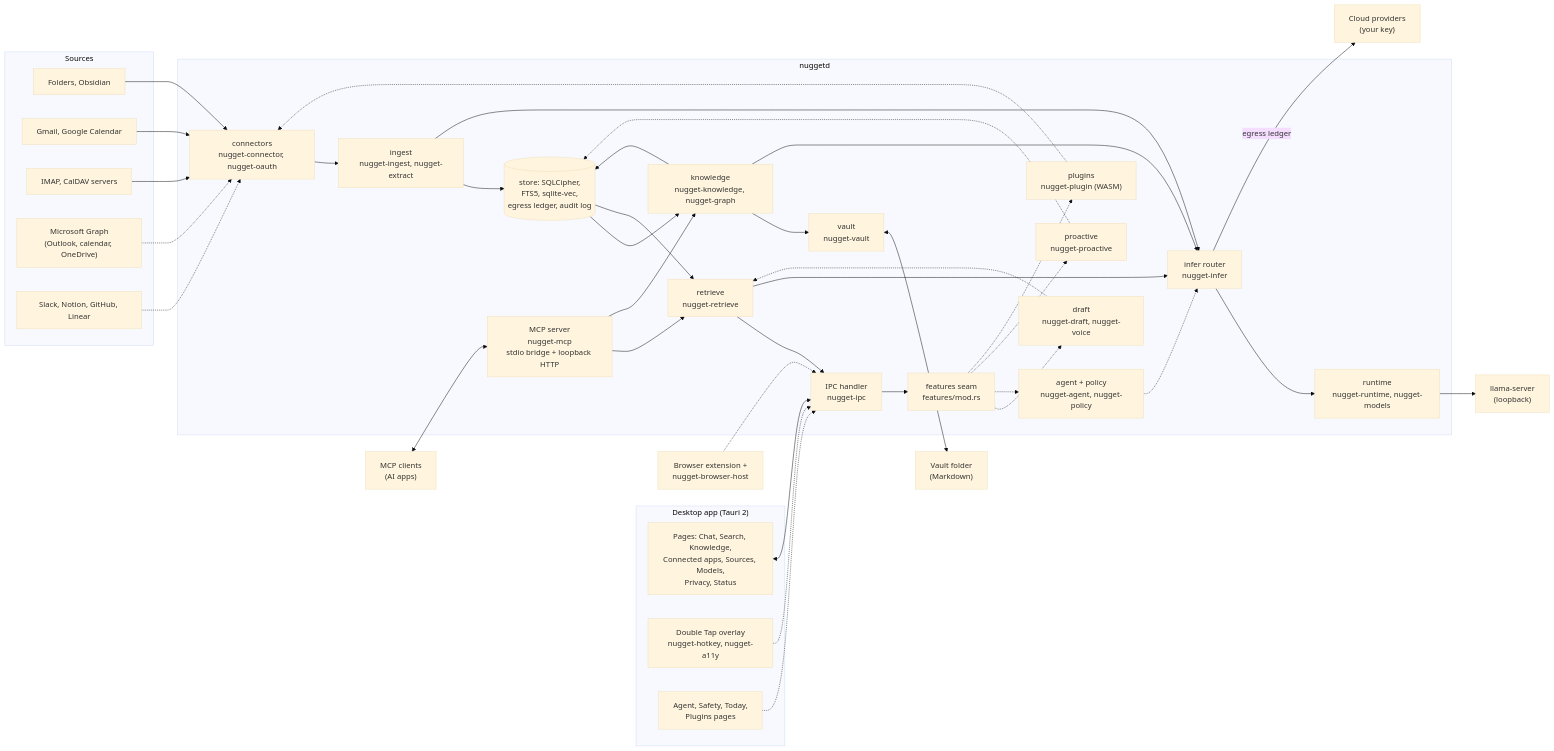
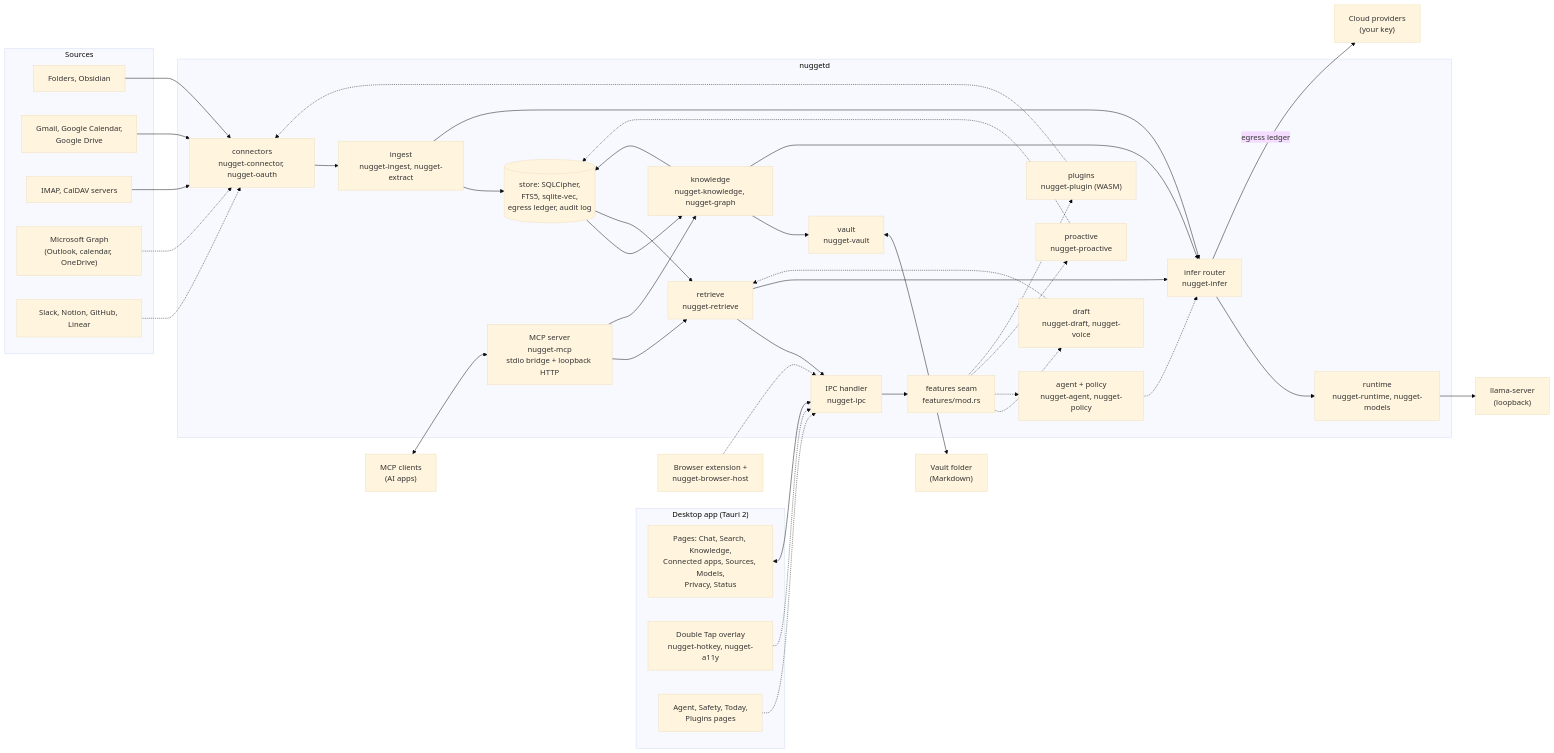
The diagram in docs/book/src/architecture/overview.md (rayhankhilji/nugget), drawn with Mermaid (base theme) before and after one commit. The commit also changed 47 other files, not shown here.

First line of the commit message:
Google Drive connector (gdrive): sync, content export, wizard, docs

````diff
--- a/docs/book/src/architecture/overview.md
+++ b/docs/book/src/architecture/overview.md
@@ -21,72 +21,72 @@
 ```mermaid
 flowchart LR
   subgraph ext_src["Sources"]
     files["Folders, Obsidian"]
-    google["Gmail, Google Calendar"]
+    google["Gmail, Google Calendar,<br/>Google Drive"]
     imapcal["IMAP, CalDAV servers"]
     msft["Microsoft Graph<br/>(Outlook, calendar, OneDrive)"]
     saas["Slack, Notion, GitHub, Linear"]
   end
 
   subgraph desktop["Desktop app (Tauri 2)"]
     pages["Pages: Chat, Search, Knowledge,<br/>Connected apps, Sources, Models,<br/>Privacy, Status"]
     overlay["Double Tap overlay<br/>nugget-hotkey, nugget-a11y"]
     wpages["Agent, Safety, Today,<br/>Plugins pages"]
   end
 
   subgraph nuggetd["nuggetd"]
     ipc["IPC handler<br/>nugget-ipc"]
     feat["features seam<br/>features/mod.rs"]
     conn["connectors<br/>nugget-connector, nugget-oauth"]
     ingest["ingest<br/>nugget-ingest, nugget-extract"]
     store[("store: SQLCipher,<br/>FTS5, sqlite-vec,<br/>egress ledger, audit log")]
     know["knowledge<br/>nugget-knowledge, nugget-graph"]
     vault["vault<br/>nugget-vault"]
     retr["retrieve<br/>nugget-retrieve"]
     infer["infer router<br/>nugget-infer"]
     rt["runtime<br/>nugget-runtime, nugget-models"]
     mcp["MCP server<br/>nugget-mcp<br/>stdio bridge + loopback HTTP"]
     draft["draft<br/>nugget-draft, nugget-voice"]
     agent["agent + policy<br/>nugget-agent, nugget-policy"]
     pro["proactive<br/>nugget-proactive"]
     plug["plugins<br/>nugget-plugin (WASM)"]
   end
 
   llama["llama-server<br/>(loopback)"]
   cloud["Cloud providers<br/>(your key)"]
   mcpc["MCP clients<br/>(AI apps)"]
   vdir["Vault folder<br/>(Markdown)"]
   bhost["Browser extension +<br/>nugget-browser-host"]
 
   files --> conn
   google --> conn
   imapcal --> conn
   msft -.-> conn
   saas -.-> conn
   conn --> ingest --> store
   store --> know --> store
   know --> vault <--> vdir
   store --> retr
   retr --> ipc
   ingest --> infer
   know --> infer
   retr --> infer
   infer --> rt --> llama
   infer -- "egress ledger" --> cloud
   pages <--> ipc
   mcpc <--> mcp
   mcp --> retr
   mcp --> know
   ipc --> feat
   feat -.-> draft
   feat -.-> agent
   feat -.-> pro
   feat -.-> plug
   draft -.-> retr
   agent -.-> infer
   pro -.-> store
   plug -.-> conn
   overlay -.-> ipc
   wpages -.-> ipc
   bhost -.-> ipc
 ```
````
